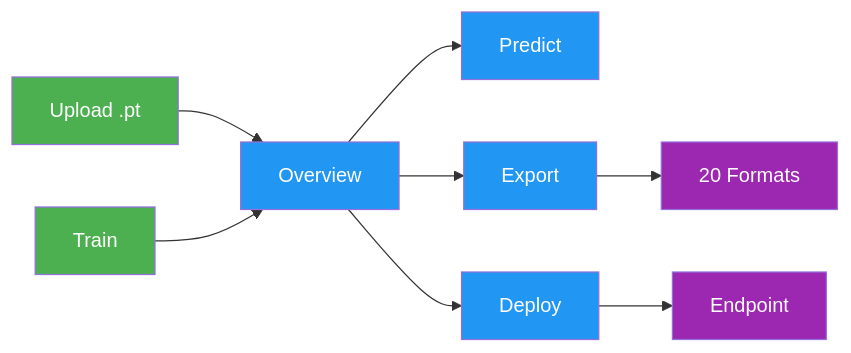
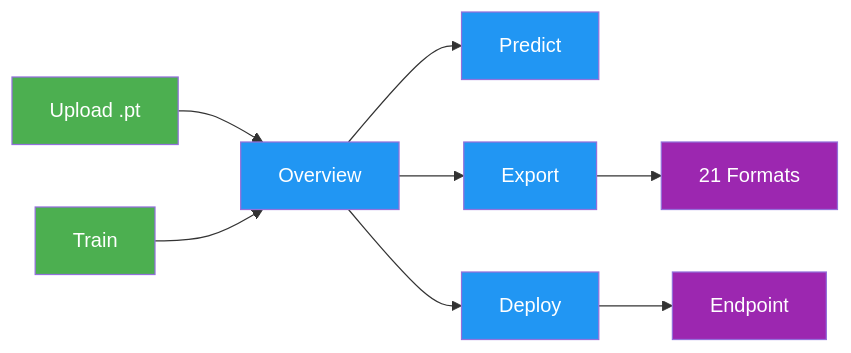
One commit to Rehman-AD/cv-yolov8-core changed the first of 2 diagrams in docs/en/platform/train/models.md. Above: the diagram before and after it, drawn with Mermaid. The commit also changed other lines of this file and 8 other files, not shown here.

````diff
--- a/docs/en/platform/train/models.md
+++ b/docs/en/platform/train/models.md
@@ -56,14 +56,14 @@
 ```mermaid
 graph LR
     A[Upload .pt]:::start --> B[Overview]:::proc
     C[Train]:::start --> B
     B --> D[Predict]:::proc
     B --> E[Export]:::proc
     B --> F[Deploy]:::proc
-    E --> G[20 Formats]:::out
+    E --> G[21 Formats]:::out
     F --> H[Endpoint]:::out
 
     classDef start fill:#4CAF50,color:#fff
     classDef proc fill:#2196F3,color:#fff
     classDef out fill:#9C27B0,color:#fff
 ```
````
